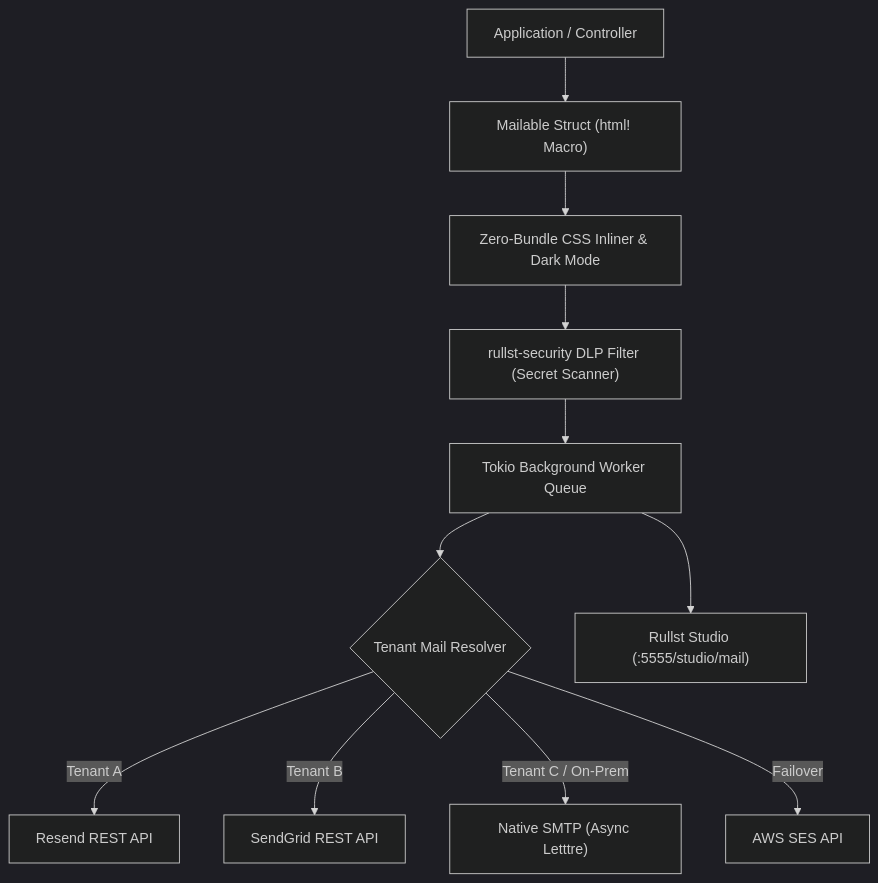
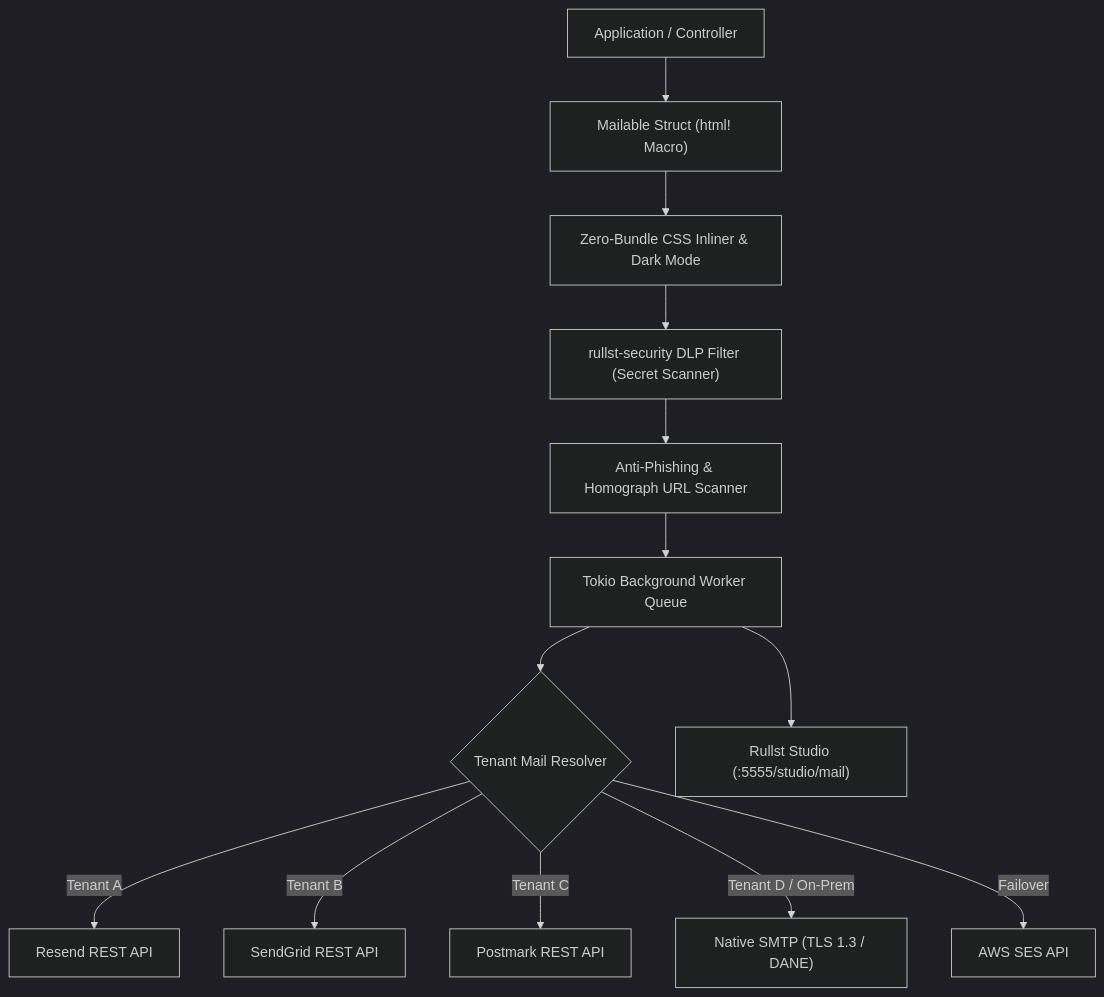
One commit to Rullst/Rullst changed the diagram in rullst-mail/ROADMAP.md. Above: the diagram before and after it, drawn with Mermaid (dark theme). The commit also changed other lines of this file and 137 other files, not shown here.

Commit message:
feat: scaffold core infrastructure, mail drivers, connect providers, and ORM schema capabilities

````diff
--- a/rullst-mail/ROADMAP.md
+++ b/rullst-mail/ROADMAP.md
@@ -16,13 +16,15 @@
 ```mermaid
 flowchart TD
     App["Application / Controller"] --> Builder["Mailable Struct (html! Macro)"]
     Builder --> Inliner["Zero-Bundle CSS Inliner & Dark Mode"]
     Inliner --> DLP["rullst-security DLP Filter (Secret Scanner)"]
-    DLP --> Queue["Tokio Background Worker Queue"]
+    DLP --> Homograph["Anti-Phishing & Homograph URL Scanner"]
+    Homograph --> Queue["Tokio Background Worker Queue"]
     Queue --> Engine{"Tenant Mail Resolver"}
     Engine -->|"Tenant A"| Resend["Resend REST API"]
     Engine -->|"Tenant B"| SendGrid["SendGrid REST API"]
-    Engine -->|"Tenant C / On-Prem"| SMTP["Native SMTP (Async Letttre)"]
+    Engine -->|"Tenant C"| Postmark["Postmark REST API"]
+    Engine -->|"Tenant D / On-Prem"| SMTP["Native SMTP (TLS 1.3 / DANE)"]
     Engine -->|"Failover"| AWS["AWS SES API"]
     Queue --> Studio["Rullst Studio (:5555/studio/mail)"]
 ```
````
